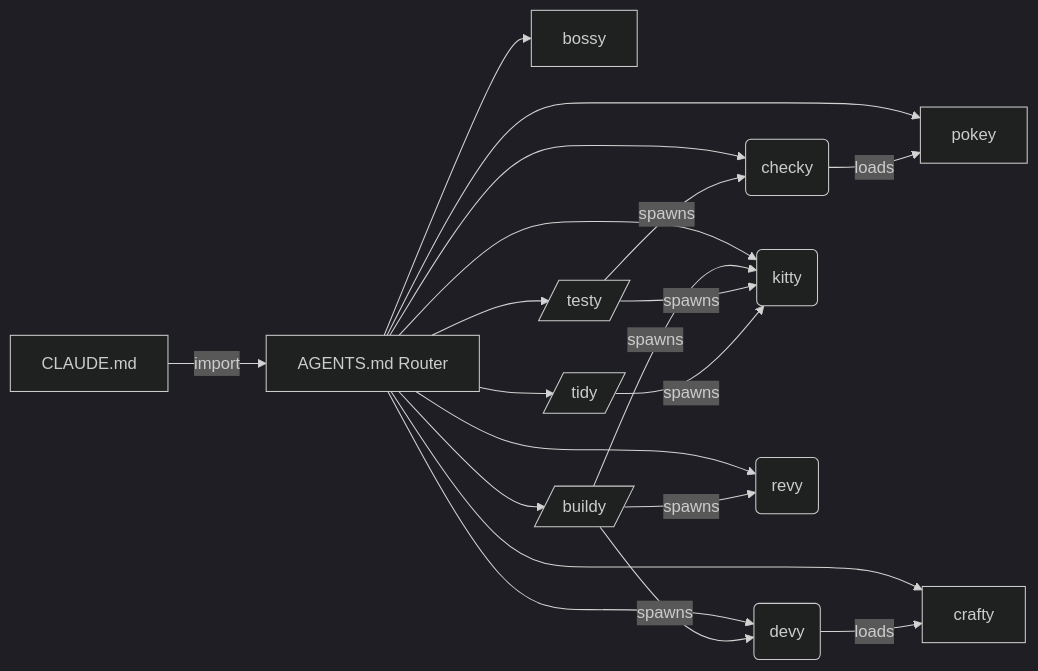
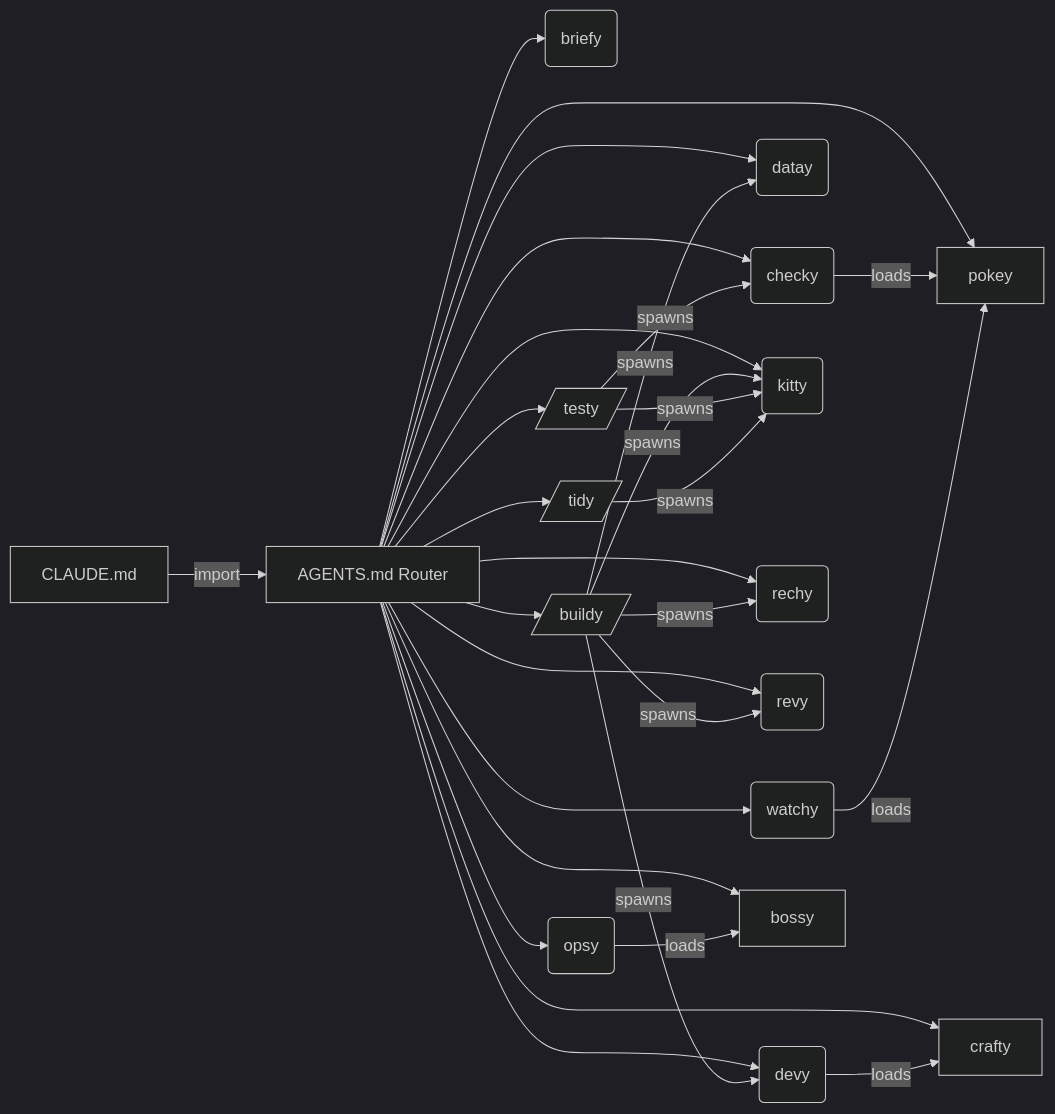
Before and after one commit to prskid1000/claude-crew: the third of 6 diagrams in README.md, drawn with Mermaid (dark theme). The commit also changed other lines of this file and 30 other files, not shown here.

First line of the commit message:
feat(kit): five crew agents: rechy, briefy, datay, opsy, watchy

````diff
--- a/README.md
+++ b/README.md
@@ -278,32 +296,46 @@
 ```mermaid
 flowchart LR
   CLAUDE_md["CLAUDE.md"] -->|"import"| AGENTS_md["AGENTS.md Router"]
+  agents_briefy_md("briefy")
   agents_checky_md("checky")
+  agents_datay_md("datay")
   agents_devy_md("devy")
   agents_kitty_md("kitty")
+  agents_opsy_md("opsy")
+  agents_rechy_md("rechy")
   agents_revy_md("revy")
+  agents_watchy_md("watchy")
   skills_bossy_SKILL_md["bossy"]
   skills_crafty_SKILL_md["crafty"]
   skills_pokey_SKILL_md["pokey"]
   workflows_buildy_js[/"buildy"/]
   workflows_testy_js[/"testy"/]
   workflows_tidy_js[/"tidy"/]
+  AGENTS_md --> agents_briefy_md
   AGENTS_md --> agents_checky_md
+  AGENTS_md --> agents_datay_md
   AGENTS_md --> agents_devy_md
   AGENTS_md --> agents_kitty_md
+  AGENTS_md --> agents_opsy_md
+  AGENTS_md --> agents_rechy_md
   AGENTS_md --> agents_revy_md
+  AGENTS_md --> agents_watchy_md
   AGENTS_md --> skills_bossy_SKILL_md
   AGENTS_md --> skills_crafty_SKILL_md
   AGENTS_md --> skills_pokey_SKILL_md
   AGENTS_md --> workflows_buildy_js
   AGENTS_md --> workflows_testy_js
   AGENTS_md --> workflows_tidy_js
+  workflows_buildy_js -->|"spawns"| agents_datay_md
   workflows_buildy_js -->|"spawns"| agents_devy_md
   workflows_buildy_js -->|"spawns"| agents_kitty_md
+  workflows_buildy_js -->|"spawns"| agents_rechy_md
   workflows_buildy_js -->|"spawns"| agents_revy_md
   workflows_testy_js -->|"spawns"| agents_checky_md
   workflows_testy_js -->|"spawns"| agents_kitty_md
   workflows_tidy_js -->|"spawns"| agents_kitty_md
   agents_checky_md -->|"loads"| skills_pokey_SKILL_md
   agents_devy_md -->|"loads"| skills_crafty_SKILL_md
+  agents_opsy_md -->|"loads"| skills_bossy_SKILL_md
+  agents_watchy_md -->|"loads"| skills_pokey_SKILL_md
 ```
````
